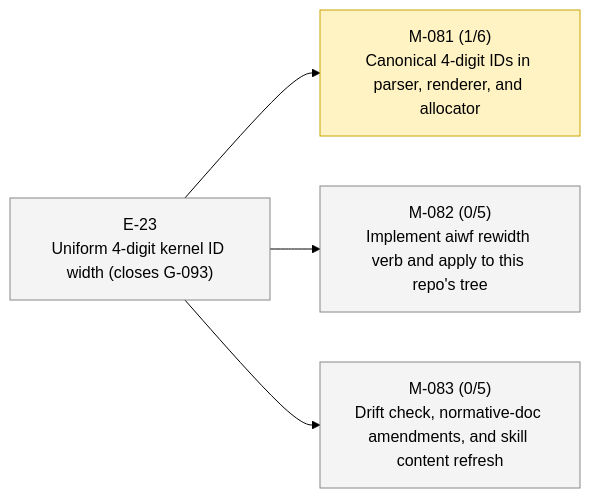
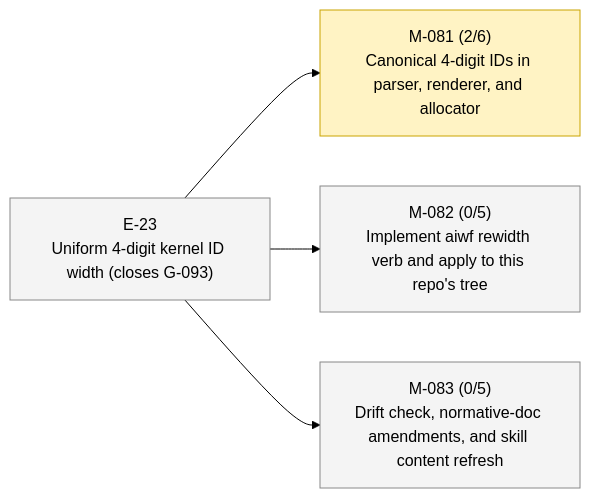
Before and after one commit to 23min/aiwf: the second of 2 diagrams in STATUS.md, drawn with Mermaid (forest theme). The commit also changed other lines of this file and 1 other file, not shown here.

````diff
--- a/STATUS.md
+++ b/STATUS.md
@@ -47,16 +47,16 @@
 ```mermaid
 flowchart LR
   E_23["E-23<br/>Uniform 4-digit kernel ID width (closes G-093)"]:::epic_proposed
-  M_081["M-081 (1/6)<br/>Canonical 4-digit IDs in parser, renderer, and allocator"]:::ms_in_progress
+  M_081["M-081 (2/6)<br/>Canonical 4-digit IDs in parser, renderer, and allocator"]:::ms_in_progress
   E_23 --> M_081
   M_082["M-082 (0/5)<br/>Implement aiwf rewidth verb and apply to this repo's tree"]:::ms_draft
   E_23 --> M_082
   M_083["M-083 (0/5)<br/>Drift check, normative-doc amendments, and skill content refresh"]:::ms_draft
   E_23 --> M_083
   classDef epic_active fill:#d6eaff,stroke:#1a73e8,color:#000
   classDef epic_proposed fill:#f4f4f4,stroke:#888,color:#000
   classDef ms_done fill:#d8f5d8,stroke:#2a8a2a,color:#000
   classDef ms_in_progress fill:#fff3c4,stroke:#caa400,color:#000
   classDef ms_draft fill:#f4f4f4,stroke:#888,color:#000
   classDef ms_cancelled fill:#fbeaea,stroke:#c33,color:#000
 ```
````
